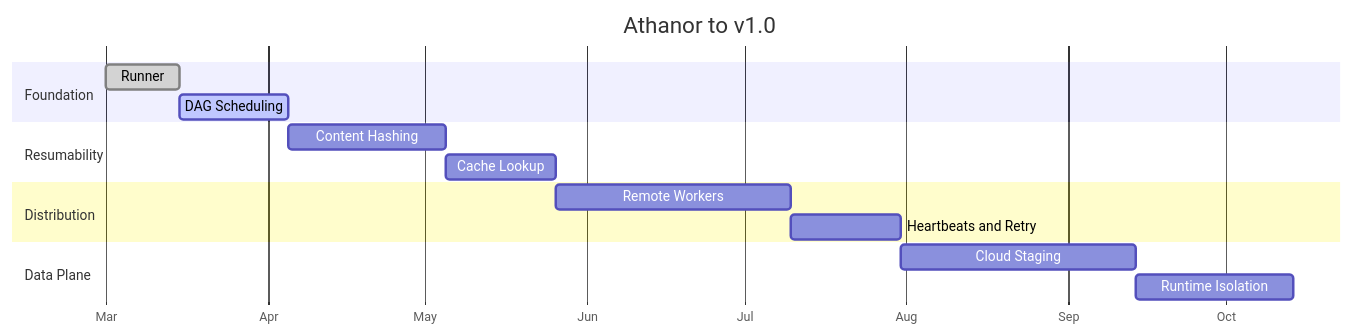
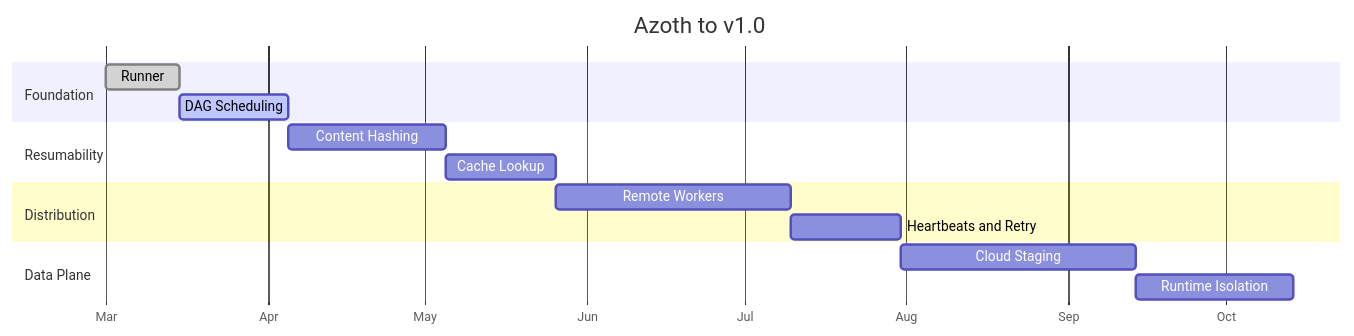
Before and after one commit to john-eevee/azoth: the fifth of 5 diagrams in docs/architecture.md, drawn with Mermaid. The commit also changed other lines of this file and 1 other file, not shown here.

````diff
--- a/docs/architecture.md
+++ b/docs/architecture.md
@@ -223,18 +223,18 @@
 ```mermaid
 gantt
-    title Athanor to v1.0
+    title Azoth to v1.0
     dateFormat  YYYY-MM-DD
     axisFormat  %b
     section Foundation
     Runner                :done, m1, 2026-03-01, 14d
     DAG Scheduling        :active, m2, after m1, 21d
     section Resumability
     Content Hashing       :m3, after m2, 30d
     Cache Lookup          :m4, after m3, 21d
     section Distribution
     Remote Workers        :m5, after m4, 45d
     Heartbeats and Retry  :m6, after m5, 21d
     section Data Plane
     Cloud Staging         :m7, after m6, 45d
     Runtime Isolation     :m8, after m7, 30d
 ```
````
